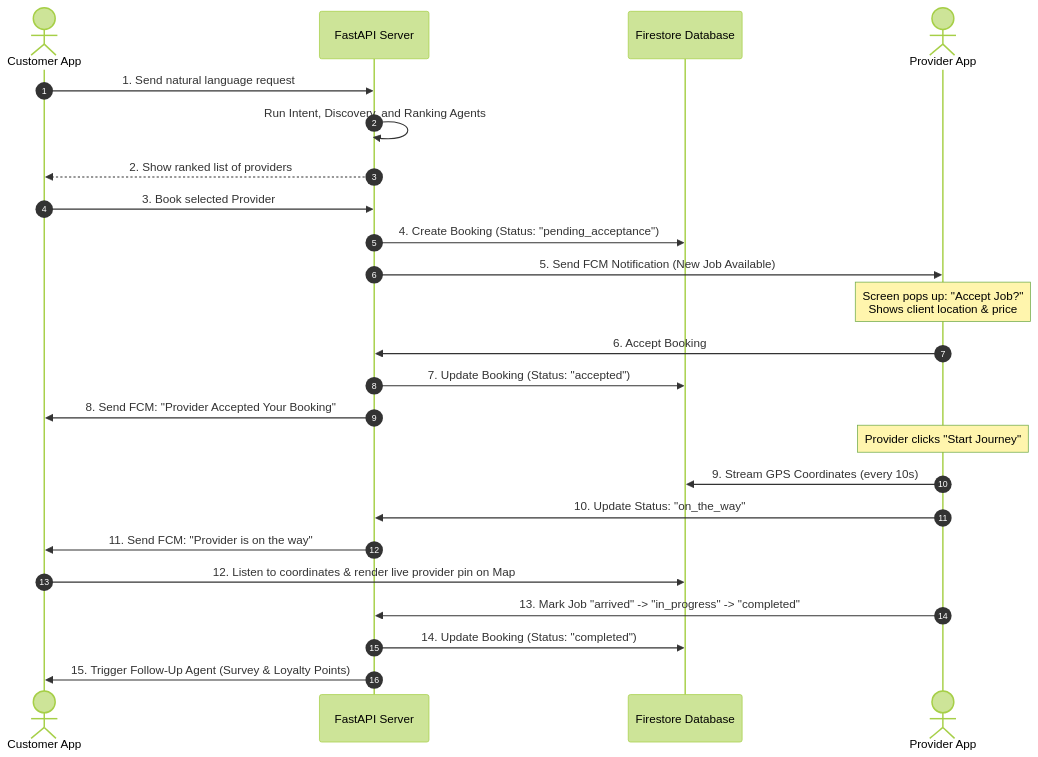
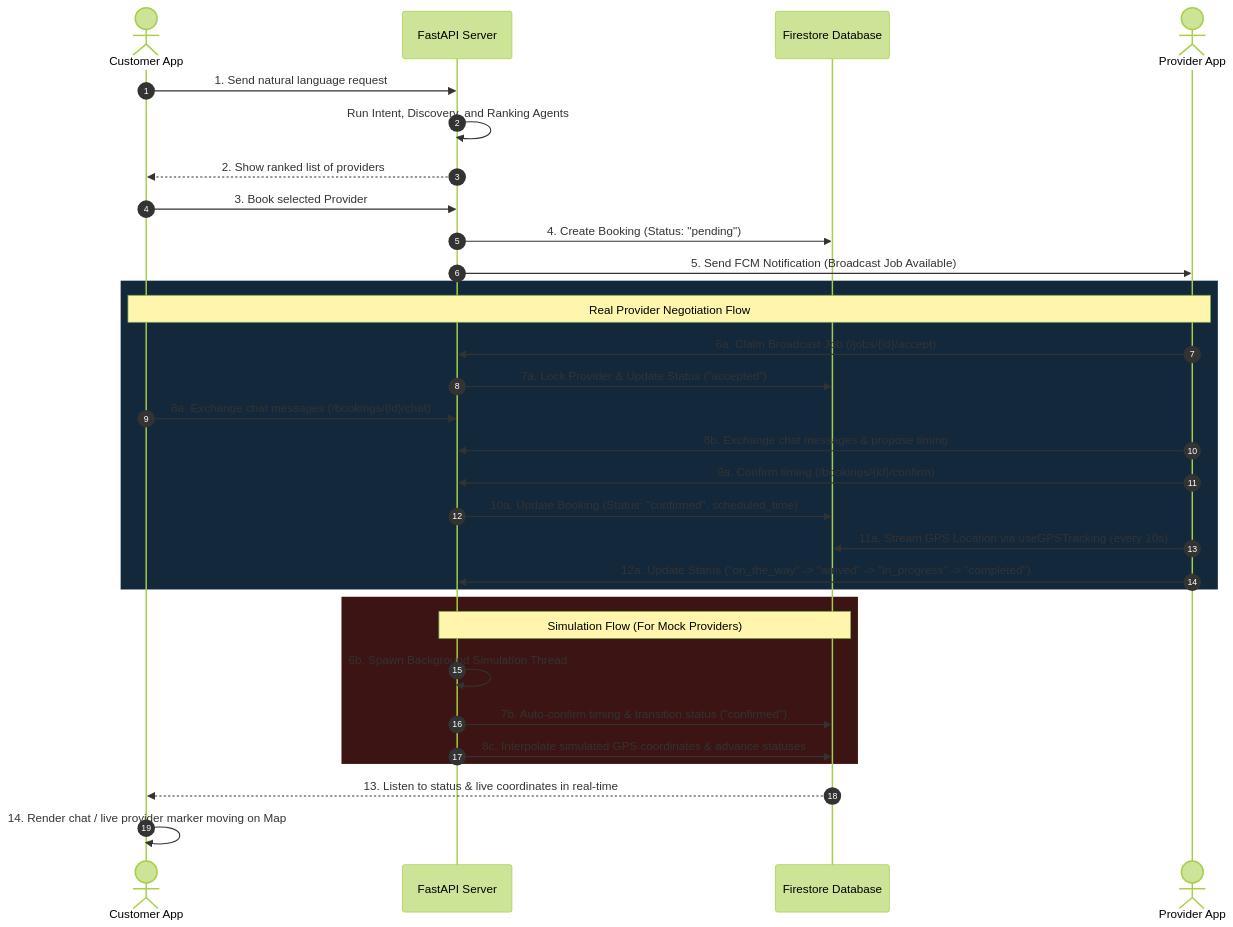
The diagram in system_capability.md (muhammaddaniyalrajput/ServiceAI), drawn with Mermaid (forest theme) before and after one commit. The commit also changed other lines of this file and 124 other files, not shown here.

````diff
--- a/system_capability.md
+++ b/system_capability.md
@@ -95,32 +144,37 @@
 ```mermaid
 sequenceDiagram
     autonumber
-    actor User as Customer App
+    actor Customer as Customer App
     participant Backend as FastAPI Server
     participant DB as Firestore Database
     actor Provider as Provider App
 
-    User->>Backend: 1. Send natural language request
+    Customer->>Backend: 1. Send natural language request
     Backend->>Backend: Run Intent, Discovery, and Ranking Agents
-    Backend-->>User: 2. Show ranked list of providers
-    User->>Backend: 3. Book selected Provider
-    Backend->>DB: 4. Create Booking (Status: "pending_acceptance")
-    Backend->>Provider: 5. Send FCM Notification (New Job Available)
+    Backend-->>Customer: 2. Show ranked list of providers
+    Customer->>Backend: 3. Book selected Provider
+    Backend->>DB: 4. Create Booking (Status: "pending")
+    Backend->>Provider: 5. Send FCM Notification (Broadcast Job Available)
     
-    Note over Provider: Screen pops up: "Accept Job?"<br/>Shows client location & price
-    
-    Provider->>Backend: 6. Accept Booking
-    Backend->>DB: 7. Update Booking (Status: "accepted")
-    Backend->>User: 8. Send FCM: "Provider Accepted Your Booking"
-    
-    Note over Provider: Provider clicks "Start Journey"
-    
-    Provider->>DB: 9. Stream GPS Coordinates (every 10s)
-    Provider->>Backend: 10. Update Status: "on_the_way"
-    Backend->>User: 11. Send FCM: "Provider is on the way"
-    User->>DB: 12. Listen to coordinates & render live provider pin on Map
-    
-    Provider->>Backend: 13. Mark Job "arrived" -> "in_progress" -> "completed"
-    Backend->>DB: 14. Update Booking (Status: "completed")
-    Backend->>User: 15. Trigger Follow-Up Agent (Survey & Loyalty Points)
+    rect rgb(20, 40, 60)
+        Note over Customer, Provider: Real Provider Negotiation Flow
+        Provider->>Backend: 6a. Claim Broadcast Job (/jobs/{id}/accept)
+        Backend->>DB: 7a. Lock Provider & Update Status ("accepted")
+        Customer->>Backend: 8a. Exchange chat messages (/bookings/{id}/chat)
+        Provider->>Backend: 8b. Exchange chat messages & propose timing
+        Provider->>Backend: 9a. Confirm timing (/bookings/{id}/confirm)
+        Backend->>DB: 10a. Update Booking (Status: "confirmed", scheduled_time)
+        Provider->>DB: 11a. Stream GPS Location via useGPSTracking (every 10s)
+        Provider->>Backend: 12a. Update Status ("on_the_way" -> "arrived" -> "in_progress" -> "completed")
+    end
+
+    rect rgb(60, 20, 20)
+        Note over Backend, DB: Simulation Flow (For Mock Providers)
+        Backend->>Backend: 6b. Spawn Background Simulation Thread
+        Backend->>DB: 7b. Auto-confirm timing & transition status ("confirmed")
+        Backend->>DB: 8c. Interpolate simulated GPS coordinates & advance statuses
+    end
+
+    DB-->>Customer: 13. Listen to status & live coordinates in real-time
+    Customer->>Customer: 14. Render chat / live provider marker moving on Map
 ```
````
